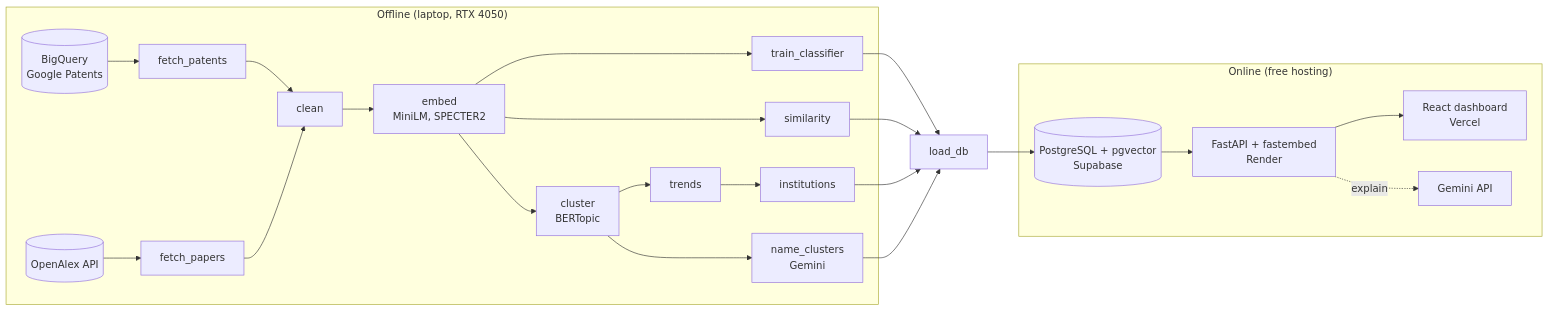
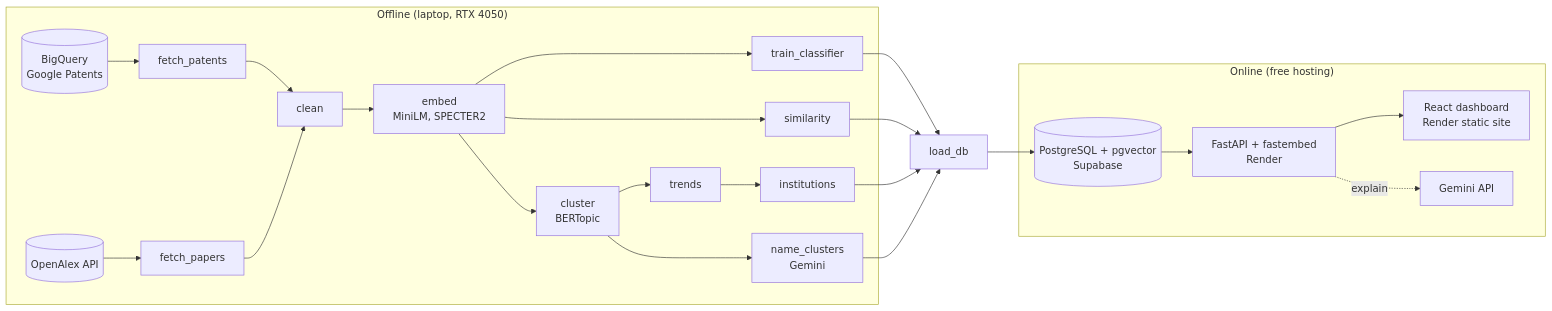
One commit to Harshitch517/innovation-intelligence-platform changed the diagram in README.md. Above: the diagram before and after it, drawn with Mermaid. The commit also changed other lines of this file and 3 other files, not shown here.

````diff
--- a/README.md
+++ b/README.md
@@ -25,18 +26,18 @@
 ```mermaid
 flowchart LR
   subgraph Offline["Offline (laptop, RTX 4050)"]
     BQ[(BigQuery<br/>Google Patents)] --> F[fetch_patents]
     OA[(OpenAlex API)] --> P[fetch_papers]
     F & P --> C[clean] --> E[embed<br/>MiniLM, SPECTER2]
     E --> T[train_classifier]
     E --> S[similarity]
     E --> K[cluster<br/>BERTopic] --> TR[trends] --> I[institutions]
     K --> G[name_clusters<br/>Gemini]
   end
   T & S & I & G --> L[load_db] --> DB[(PostgreSQL + pgvector<br/>Supabase)]
   subgraph Online["Online (free hosting)"]
     DB --> API[FastAPI + fastembed<br/>Render]
-    API --> UI[React dashboard<br/>Vercel]
+    API --> UI[React dashboard<br/>Render static site]
     API -. explain .-> GM[Gemini API]
   end
 ```
````
